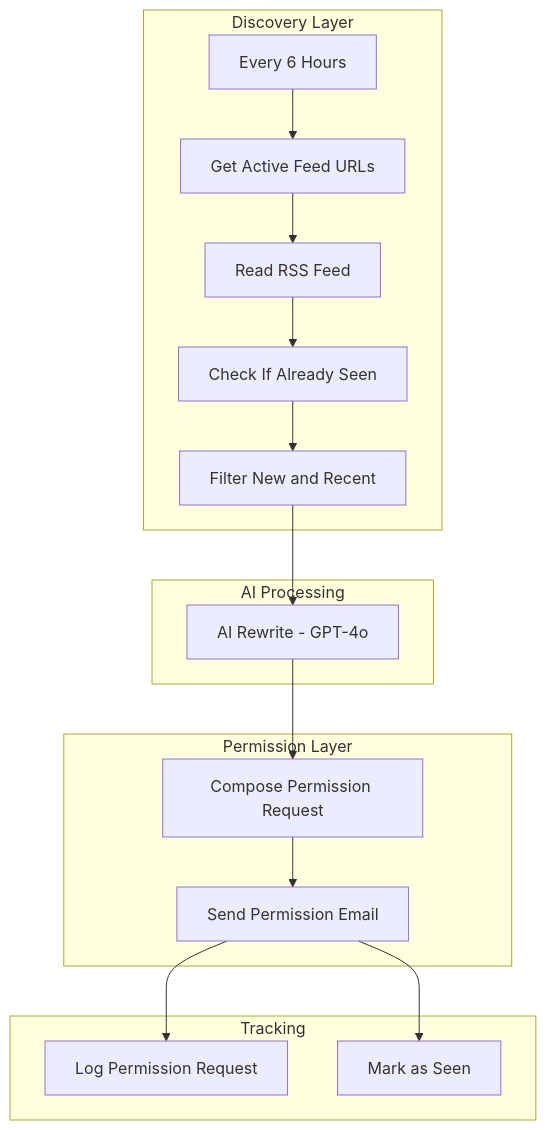
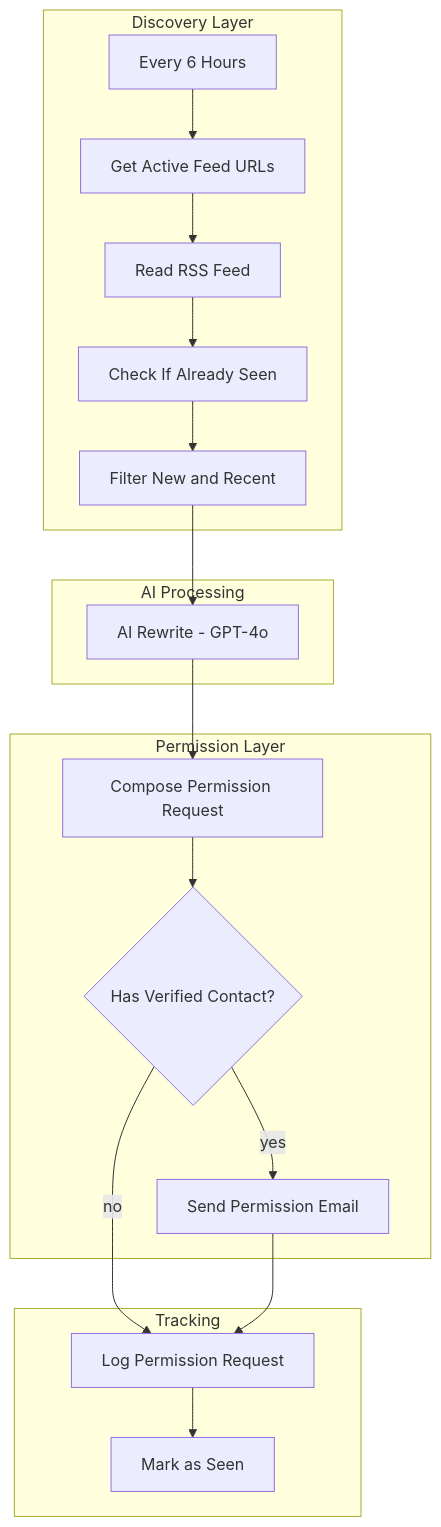
One commit to khaledabdelaziz1330-dot/Khaled-AI-Automation-Portfolio changed the second of 4 diagrams in marketing-lead-engine/architecture.md. Above: the diagram before and after it, drawn with Mermaid. The commit also changed other lines of this file and 44 other files, not shown here.

````diff
--- a/marketing-lead-engine/architecture.md
+++ b/marketing-lead-engine/architecture.md
@@ -22,34 +22,37 @@
 ```mermaid
 flowchart TD
     subgraph Discovery [Discovery Layer]
         TRIG[Every 6 Hours]
         FEEDS[Get Active Feed URLs]
         RSS[Read RSS Feed]
         SEEN[Check If Already Seen]
         FILTER[Filter New and Recent]
     end
 
     subgraph AI [AI Processing]
         REWRITE[AI Rewrite - GPT-4o]
     end
 
     subgraph Permission [Permission Layer]
         EMAIL_GEN[Compose Permission Request]
+        VERIFIED{Has Verified Contact?}
         SEND[Send Permission Email]
     end
 
     subgraph Tracking [Tracking]
         LOG[Log Permission Request]
         MARK[Mark as Seen]
     end
 
     TRIG --> FEEDS
     FEEDS --> RSS
     RSS --> SEEN
     SEEN --> FILTER
     FILTER --> REWRITE
     REWRITE --> EMAIL_GEN
-    EMAIL_GEN --> SEND
+    EMAIL_GEN --> VERIFIED
+    VERIFIED -->|yes| SEND
+    VERIFIED -->|no| LOG
     SEND --> LOG
-    SEND --> MARK
+    LOG --> MARK
 ```
````
